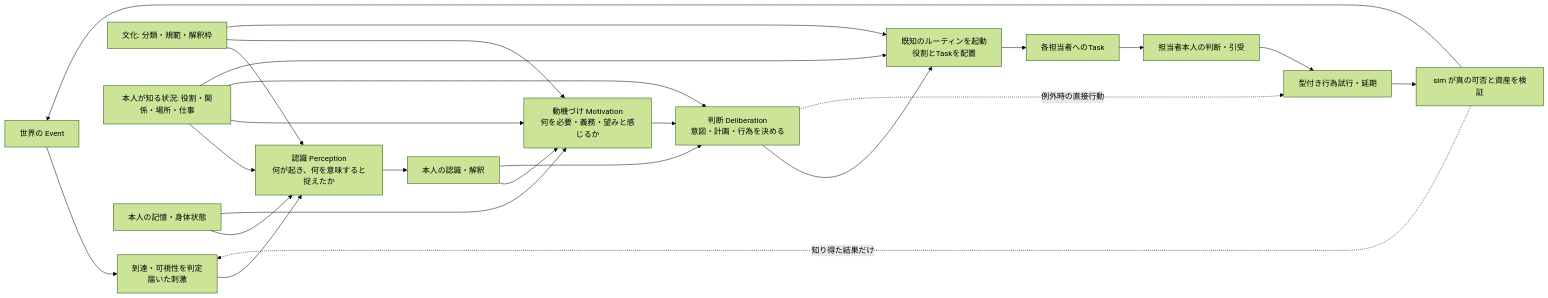
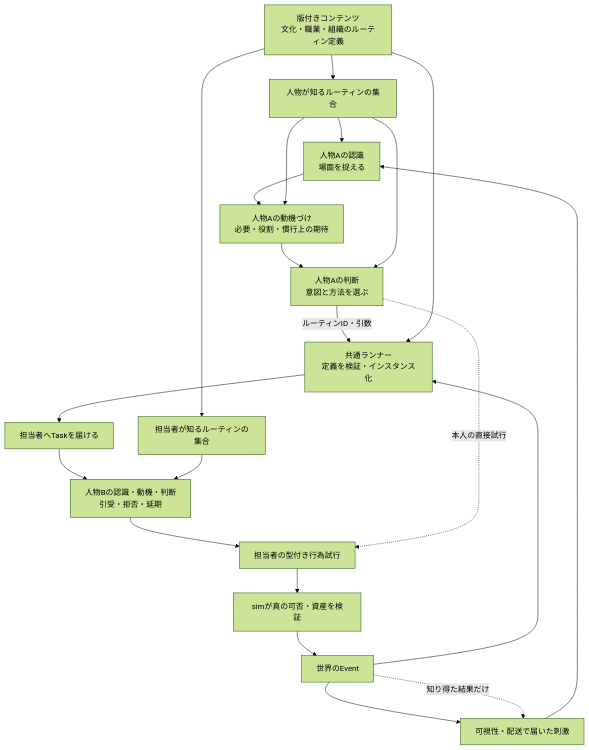
The diagram in docs/AGENT_INTERFACES_v2.md (demerzel09/Medieval-Simulator), drawn with Mermaid (forest theme) before and after one commit. The commit also changed other lines of this file and 4 other files, not shown here.

````diff
--- a/docs/AGENT_INTERFACES_v2.md
+++ b/docs/AGENT_INTERFACES_v2.md
@@ -11,26 +11,23 @@
 ```mermaid
-flowchart LR
-  E[世界の Event] --> A[到達・可視性を判定<br/>届いた刺激]
-  A --> P[認識 Perception<br/>何が起き、何を意味すると捉えたか]
-  C[文化: 分類・規範・解釈枠] --> P
-  S[本人が知る状況: 役割・関係・場所・仕事] --> P
-  M[本人の記憶・身体状態] --> P
-  P --> B[本人の認識・解釈]
-  B --> V[動機づけ Motivation<br/>何を必要・義務・望みと感じるか]
-  C --> V
-  S --> V
-  M --> V
-  V --> D[判断 Deliberation<br/>意図・計画・行為を決める]
-  B --> D
-  S --> D
-  D --> Q[既知のルーティンを起動<br/>役割とTaskを配置]
-  C --> Q
-  S --> Q
-  Q --> K[各担当者へのTask]
-  K --> J[担当者本人の判断・引受]
-  J --> T[型付き行為試行・延期]
-  D -. 例外時の直接行動 .-> T
-  T --> G[sim が真の可否と資産を検証]
-  G --> E
-  G -. 知り得た結果だけ .-> A
+flowchart TB
+  C[版付きコンテンツ<br/>文化・職業・組織のルーティン定義] --> K[人物が知るルーティンの集合]
+  C --> K2[担当者が知るルーティンの集合]
+  E[世界のEvent] --> V[可視性・配送で届いた刺激]
+  V --> P[人物Aの認識<br/>場面を捉える]
+  K --> P
+  P --> M[人物Aの動機づけ<br/>必要・役割・慣行上の期待]
+  K --> M
+  M --> D[人物Aの判断<br/>意図と方法を選ぶ]
+  K --> D
+  D -->|ルーティンID・引数| R[共通ランナー<br/>定義を検証・インスタンス化]
+  C --> R
+  R --> T[担当者へTaskを届ける]
+  T --> B[人物Bの認識・動機・判断<br/>引受・拒否・延期]
+  K2 --> B
+  B --> A[担当者の型付き行為試行]
+  D -. 本人の直接試行 .-> A
+  A --> S[simが真の可否・資産を検証]
+  S --> E
+  E --> R
+  E -. 知り得た結果だけ .-> V
 ```
````
